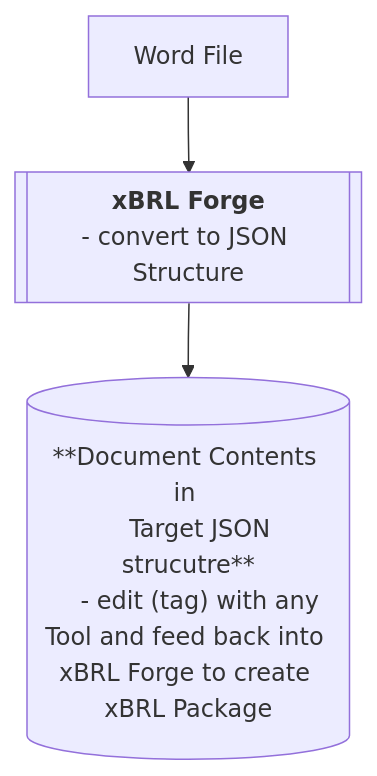
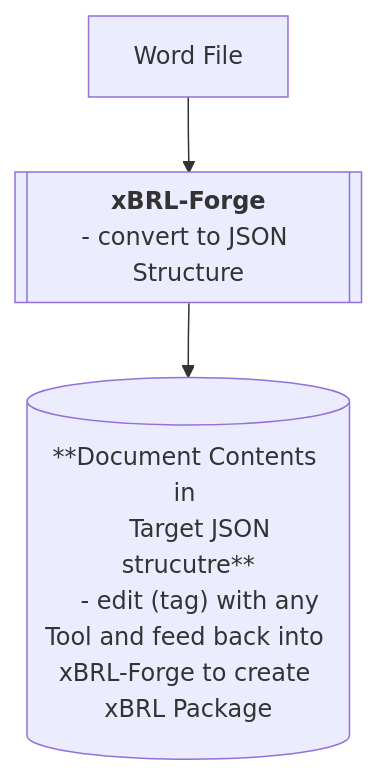
Before and after one commit to ncerutti/xBRL-Forge: the second of 2 diagrams in README.md, drawn with Mermaid. The commit also changed other lines of this file and 14 other files, not shown here.

````diff
--- a/README.md
+++ b/README.md
@@ -51,11 +49,11 @@
 ```mermaid
 flowchart TD
     docx[Word File]
     docx --> forge
-    forge[["`**xBRL Forge**
+    forge[["`**xBRL-Forge**
     - convert to JSON Structure`"]]
     forge --> json1
     json1[("**Document Contents in 
     Target JSON strucutre**
-    - edit (tag) with any Tool and feed back into xBRL Forge to create xBRL Package")]
+    - edit (tag) with any Tool and feed back into xBRL-Forge to create xBRL Package")]
 ```
````
